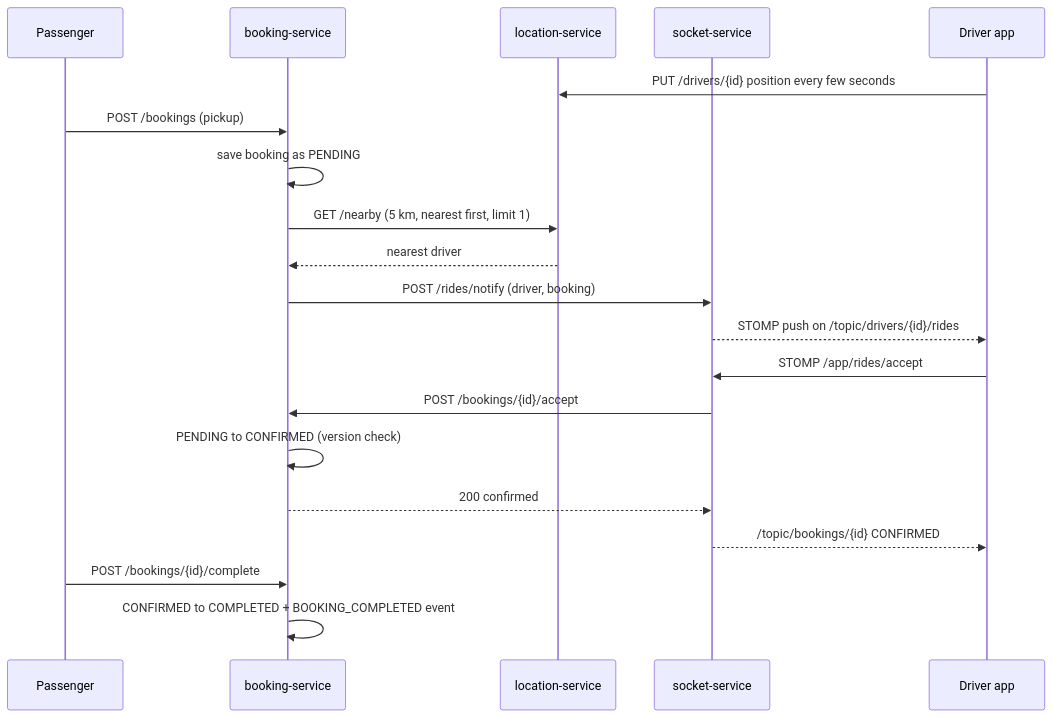
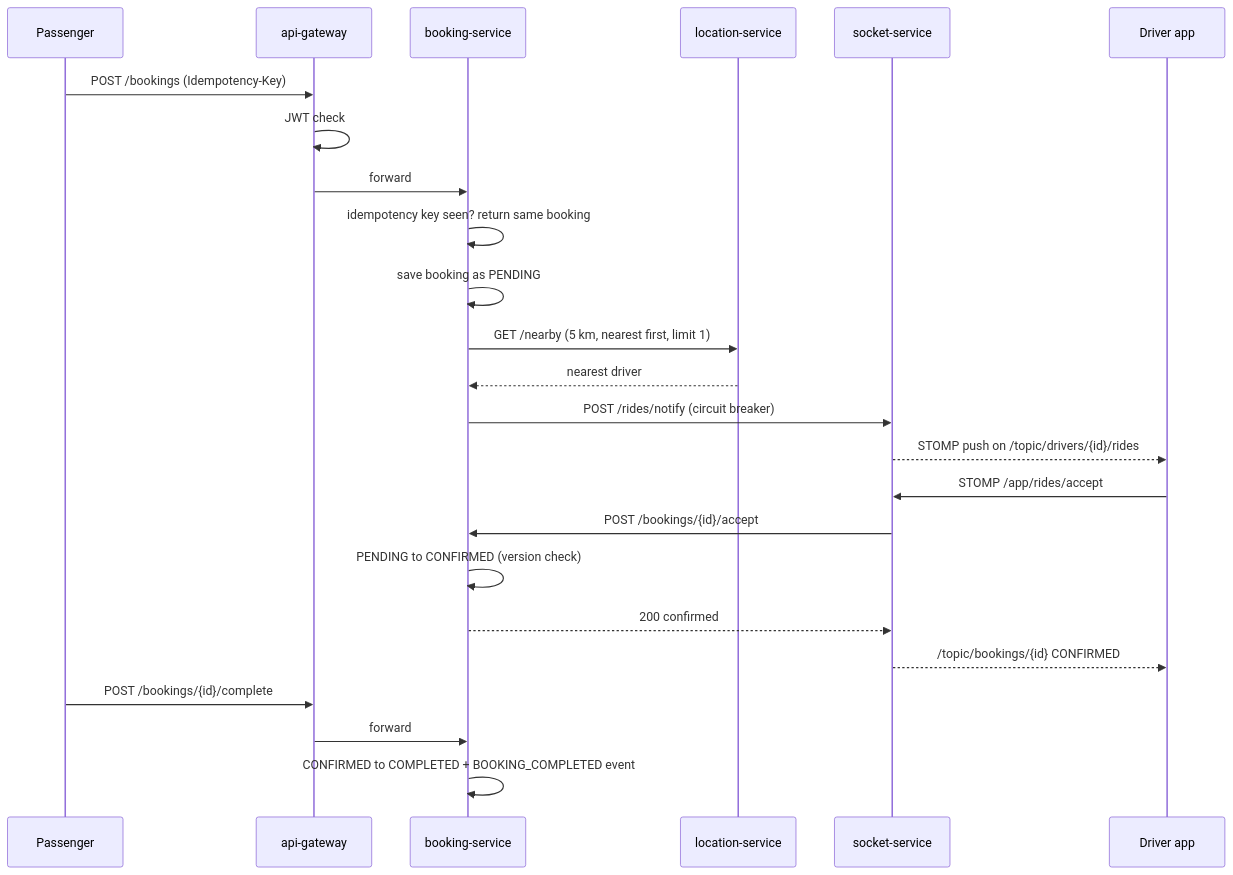
Before and after one commit to piyush932/uber-ride-platform: the fourth of 6 diagrams in docs/HLD.md, drawn with Mermaid. The commit also changed other lines of this file and 21 other files, not shown here.

Commit message:
Stage 5: api-gateway (JWT check, circuit breakers, optional Redis rate limit), booking idempotency key and socket circuit breaker, docs

````diff
--- a/docs/HLD.md
+++ b/docs/HLD.md
@@ -100,23 +103,27 @@
 ```mermaid
 sequenceDiagram
     participant P as Passenger
+    participant GW as api-gateway
     participant B as booking-service
     participant L as location-service
     participant S as socket-service
     participant D as Driver app
 
-    D->>L: PUT /drivers/{id} position every few seconds
-    P->>B: POST /bookings (pickup)
+    P->>GW: POST /bookings (Idempotency-Key)
+    GW->>GW: JWT check
+    GW->>B: forward
+    B->>B: idempotency key seen? return same booking
     B->>B: save booking as PENDING
     B->>L: GET /nearby (5 km, nearest first, limit 1)
     L-->>B: nearest driver
-    B->>S: POST /rides/notify (driver, booking)
+    B->>S: POST /rides/notify (circuit breaker)
     S-->>D: STOMP push on /topic/drivers/{id}/rides
     D->>S: STOMP /app/rides/accept
     S->>B: POST /bookings/{id}/accept
     B->>B: PENDING to CONFIRMED (version check)
     B-->>S: 200 confirmed
     S-->>D: /topic/bookings/{id} CONFIRMED
-    P->>B: POST /bookings/{id}/complete
+    P->>GW: POST /bookings/{id}/complete
+    GW->>B: forward
     B->>B: CONFIRMED to COMPLETED + BOOKING_COMPLETED event
 ```
````
